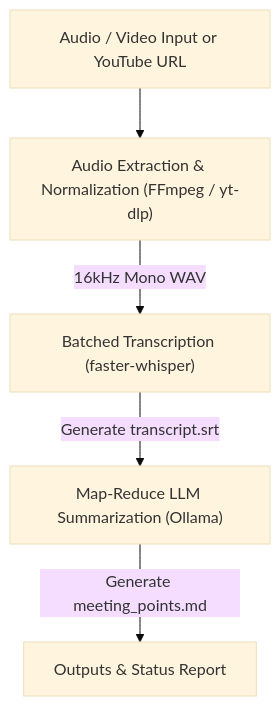
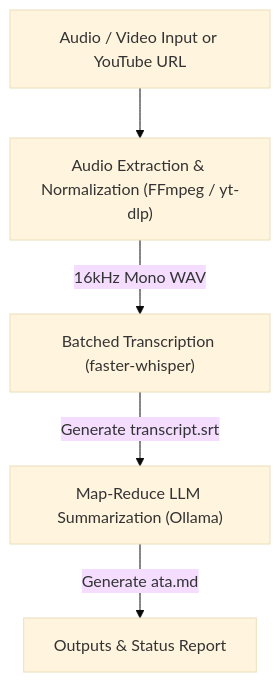
One commit to ArtroxGabriel/clerk changed the diagram in README.md. Above: the diagram before and after it, drawn with Mermaid (base theme). The commit also changed other lines of this file and 11 other files, not shown here.

Commit message:
feat(summarize): update meeting summary to Ata format and rename output to _ata.md

````diff
--- a/README.md
+++ b/README.md
@@ -9,7 +9,7 @@
 ```mermaid
 graph TD
     A["Audio / Video Input or YouTube URL"] --> B["Audio Extraction & Normalization (FFmpeg / yt-dlp)"]
     B -->|"16kHz Mono WAV"| C["Batched Transcription (faster-whisper)"]
     C -->|"Generate transcript.srt"| D["Map-Reduce LLM Summarization (Ollama)"]
-    D -->|"Generate meeting_points.md"| E["Outputs & Status Report"]
+    D -->|"Generate ata.md"| E["Outputs & Status Report"]
 ```
````
